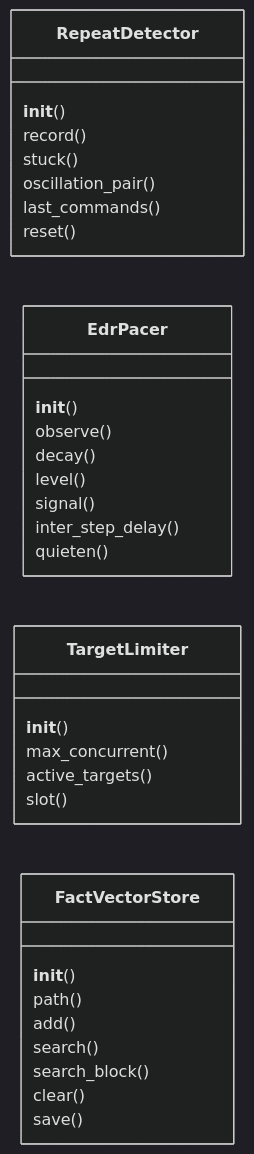
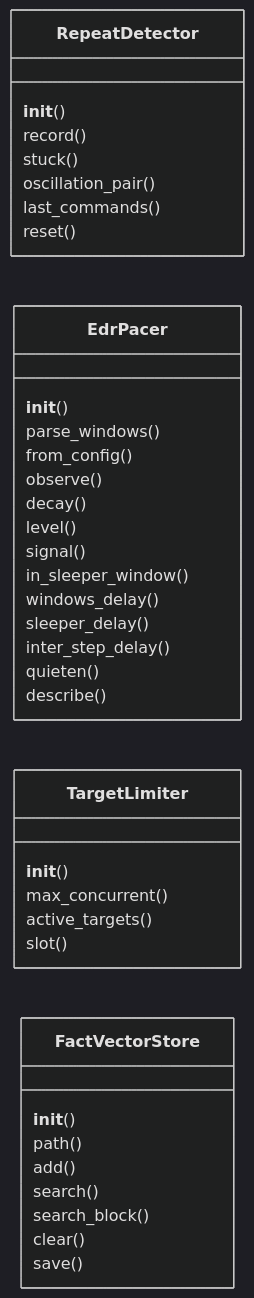
The first of 2 diagrams in readmenator-apidocs/modules/modules.loop_guardrails.py.md (grisuno/LazyOwn), drawn with Mermaid (dark theme) before and after one commit. The commit also changed other lines of this file and 496 other files, not shown here.

````diff
--- a/readmenator-apidocs/modules/modules.loop_guardrails.py.md
+++ b/readmenator-apidocs/modules/modules.loop_guardrails.py.md
@@ -36,32 +36,38 @@
 ```mermaid
 classDiagram
     direction LR
     class RepeatDetector
     RepeatDetector : __init__()
     RepeatDetector : record()
     RepeatDetector : stuck()
     RepeatDetector : oscillation_pair()
     RepeatDetector : last_commands()
     RepeatDetector : reset()
     class EdrPacer
     EdrPacer : __init__()
+    EdrPacer : parse_windows()
+    EdrPacer : from_config()
     EdrPacer : observe()
     EdrPacer : decay()
     EdrPacer : level()
     EdrPacer : signal()
+    EdrPacer : in_sleeper_window()
+    EdrPacer : windows_delay()
+    EdrPacer : sleeper_delay()
     EdrPacer : inter_step_delay()
     EdrPacer : quieten()
+    EdrPacer : describe()
     class TargetLimiter
     TargetLimiter : __init__()
     TargetLimiter : max_concurrent()
     TargetLimiter : active_targets()
     TargetLimiter : slot()
     class FactVectorStore
     FactVectorStore : __init__()
     FactVectorStore : path()
     FactVectorStore : add()
     FactVectorStore : search()
     FactVectorStore : search_block()
     FactVectorStore : clear()
     FactVectorStore : save()
 ```
````
